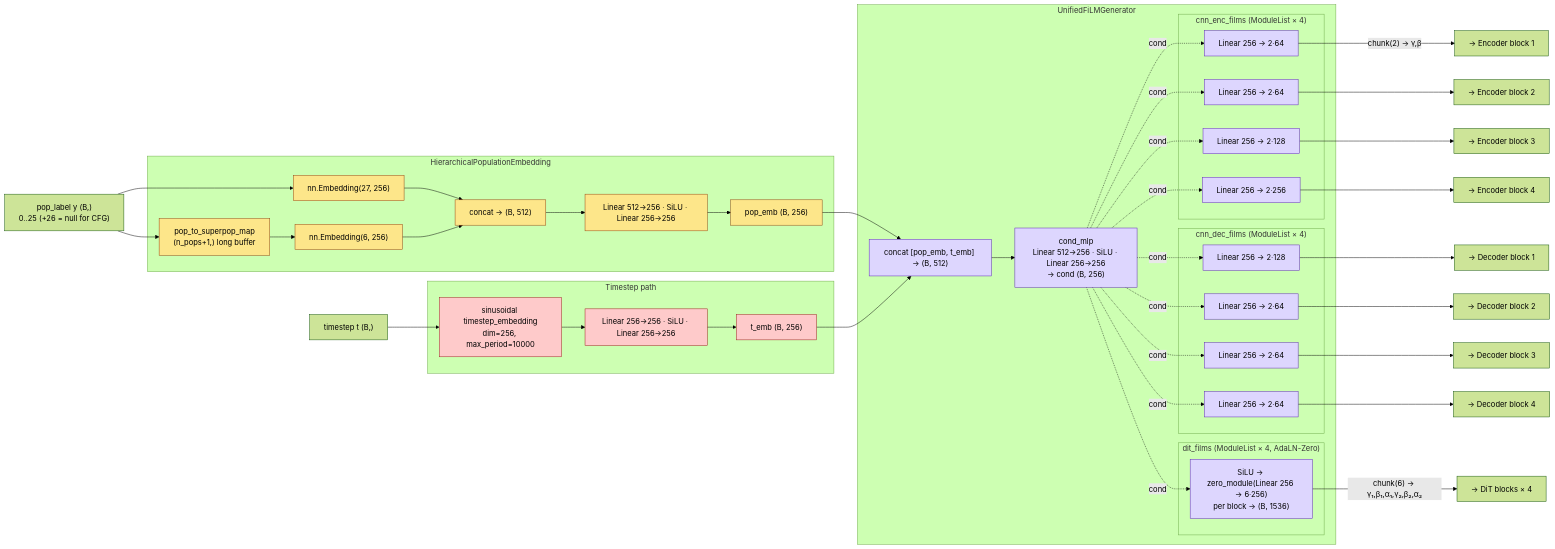
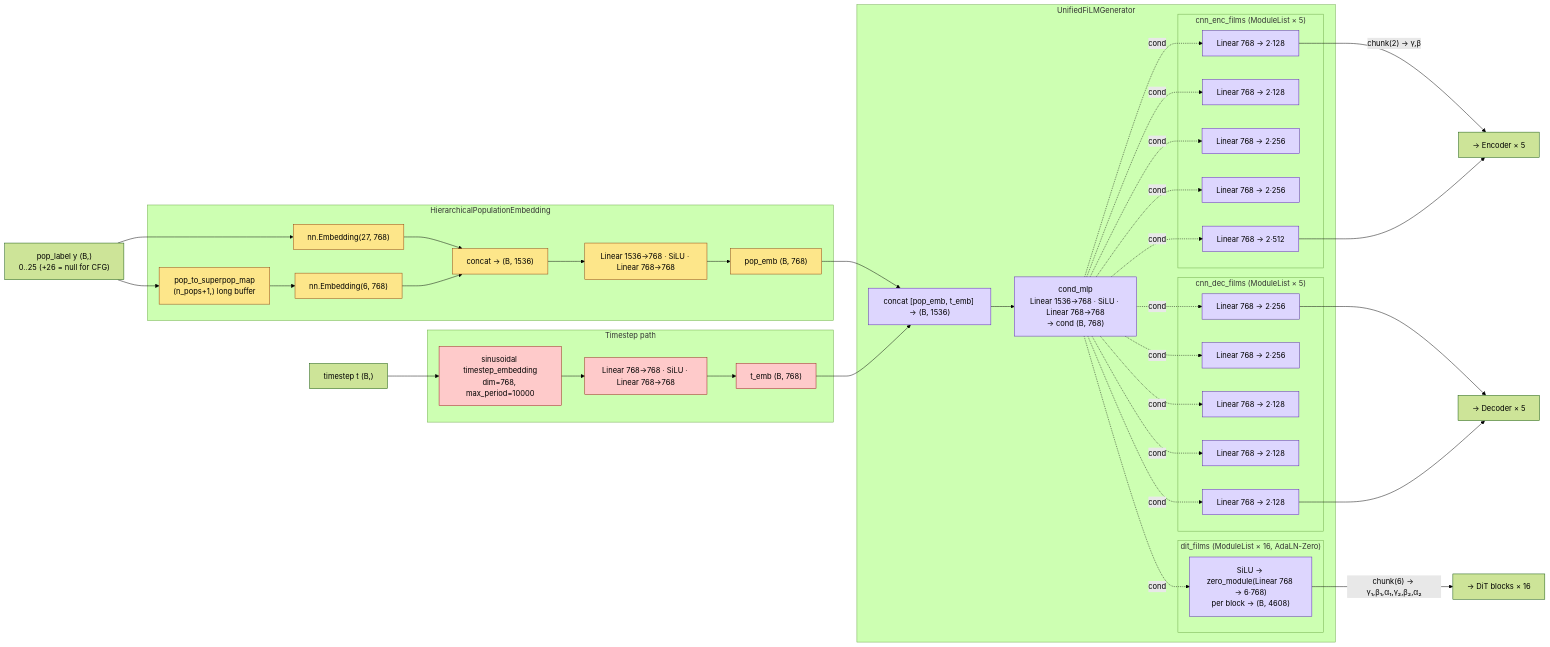
The second of 8 diagrams in README.md (zongseung/gene-synthesis-project), drawn with Mermaid (forest theme) before and after one commit. The commit also changed other lines of this file, not shown here.

````diff
--- a/README.md
+++ b/README.md
@@ -186,73 +208,71 @@
 ```mermaid
 flowchart LR
     Y["pop_label y (B,)<br/>0..25 (+26 = null for CFG)"]
     T["timestep t (B,)"]
 
     subgraph HPE["HierarchicalPopulationEmbedding"]
         PMAP["pop_to_superpop_map<br/>(n_pops+1,) long buffer"]
-        PEMB["nn.Embedding(27, 256)"]
-        SEMB["nn.Embedding(6, 256)"]
-        CAT1["concat → (B, 512)"]
-        FUSE["Linear 512→256 · SiLU · Linear 256→256"]
-        POUT["pop_emb (B, 256)"]
+        PEMB["nn.Embedding(27, 768)"]
+        SEMB["nn.Embedding(6, 768)"]
+        CAT1["concat → (B, 1536)"]
+        FUSE["Linear 1536→768 · SiLU · Linear 768→768"]
+        POUT["pop_emb (B, 768)"]
     end
 
     subgraph TME["Timestep path"]
-        SINE["sinusoidal timestep_embedding<br/>dim=256, max_period=10000"]
-        TMLP["Linear 256→256 · SiLU · Linear 256→256"]
-        TOUT["t_emb (B, 256)"]
+        SINE["sinusoidal timestep_embedding<br/>dim=768, max_period=10000"]
+        TMLP["Linear 768→768 · SiLU · Linear 768→768"]
+        TOUT["t_emb (B, 768)"]
     end
 
     subgraph UFG["UnifiedFiLMGenerator"]
-        CAT2["concat [pop_emb, t_emb] → (B, 512)"]
-        CMLP["cond_mlp<br/>Linear 512→256 · SiLU · Linear 256→256<br/>→ cond (B, 256)"]
+        CAT2["concat [pop_emb, t_emb] → (B, 1536)"]
+        CMLP["cond_mlp<br/>Linear 1536→768 · SiLU · Linear 768→768<br/>→ cond (B, 768)"]
 
-        subgraph CNN_ENC_FILM["cnn_enc_films (ModuleList × 4)"]
-            LE1["Linear 256 → 2·64"]
-            LE2["Linear 256 → 2·64"]
-            LE3["Linear 256 → 2·128"]
-            LE4["Linear 256 → 2·256"]
+        subgraph CNN_ENC_FILM["cnn_enc_films (ModuleList × 5)"]
+            LE1["Linear 768 → 2·128"]
+            LE2["Linear 768 → 2·128"]
+            LE3["Linear 768 → 2·256"]
+            LE4["Linear 768 → 2·256"]
+            LE5["Linear 768 → 2·512"]
         end
 
-        subgraph CNN_DEC_FILM["cnn_dec_films (ModuleList × 4)"]
-            LD1["Linear 256 → 2·128"]
-            LD2["Linear 256 → 2·64"]
-            LD3["Linear 256 → 2·64"]
-            LD4["Linear 256 → 2·64"]
+        subgraph CNN_DEC_FILM["cnn_dec_films (ModuleList × 5)"]
+            LD1["Linear 768 → 2·256"]
+            LD2["Linear 768 → 2·256"]
+            LD3["Linear 768 → 2·128"]
+            LD4["Linear 768 → 2·128"]
+            LD5["Linear 768 → 2·128"]
         end
 
-        subgraph DIT_FILM["dit_films (ModuleList × 4, AdaLN-Zero)"]
-            DF["SiLU → zero_module(Linear 256 → 6·256)<br/>per block → (B, 1536)"]
+        subgraph DIT_FILM["dit_films (ModuleList × 16, AdaLN-Zero)"]
+            DF["SiLU → zero_module(Linear 768 → 6·768)<br/>per block → (B, 4608)"]
         end
     end
 
     Y --> PEMB --> CAT1
     Y --> PMAP --> SEMB --> CAT1 --> FUSE --> POUT
     T --> SINE --> TMLP --> TOUT
 
     POUT --> CAT2
     TOUT --> CAT2 --> CMLP
 
-    CMLP -. cond .-> LE1 & LE2 & LE3 & LE4
-    CMLP -. cond .-> LD1 & LD2 & LD3 & LD4
+    CMLP -. cond .-> LE1 & LE2 & LE3 & LE4 & LE5
+    CMLP -. cond .-> LD1 & LD2 & LD3 & LD4 & LD5
     CMLP -. cond .-> DF
 
-    LE1 -->|"chunk(2) → γ,β"| EO1["→ Encoder block 1"]
-    LE2 --> EO2["→ Encoder block 2"]
-    LE3 --> EO3["→ Encoder block 3"]
-    LE4 --> EO4["→ Encoder block 4"]
+    LE1 -->|"chunk(2) → γ,β"| EO["→ Encoder × 5"]
+    LE5 --> EO
 
-    LD1 --> DO1["→ Decoder block 1"]
-    LD2 --> DO2["→ Decoder block 2"]
-    LD3 --> DO3["→ Decoder block 3"]
-    LD4 --> DO4["→ Decoder block 4"]
+    LD1 --> DO["→ Decoder × 5"]
+    LD5 --> DO
 
-    DF -->|"chunk(6) → γ₁,β₁,α₁,γ₂,β₂,α₂"| DITO["→ DiT blocks × 4"]
+    DF -->|"chunk(6) → γ₁,β₁,α₁,γ₂,β₂,α₂"| DITO["→ DiT blocks × 16"]
 
     classDef hpe fill:#fde68a,stroke:#92400e,color:#000
     classDef tme fill:#fecaca,stroke:#991b1b,color:#000
     classDef ufg fill:#ddd6fe,stroke:#5b21b6,color:#000
     class PMAP,PEMB,SEMB,CAT1,FUSE,POUT hpe
     class SINE,TMLP,TOUT tme
-    class CAT2,CMLP,LE1,LE2,LE3,LE4,LD1,LD2,LD3,LD4,DF ufg
+    class CAT2,CMLP,LE1,LE2,LE3,LE4,LE5,LD1,LD2,LD3,LD4,LD5,DF ufg
 ```
````
